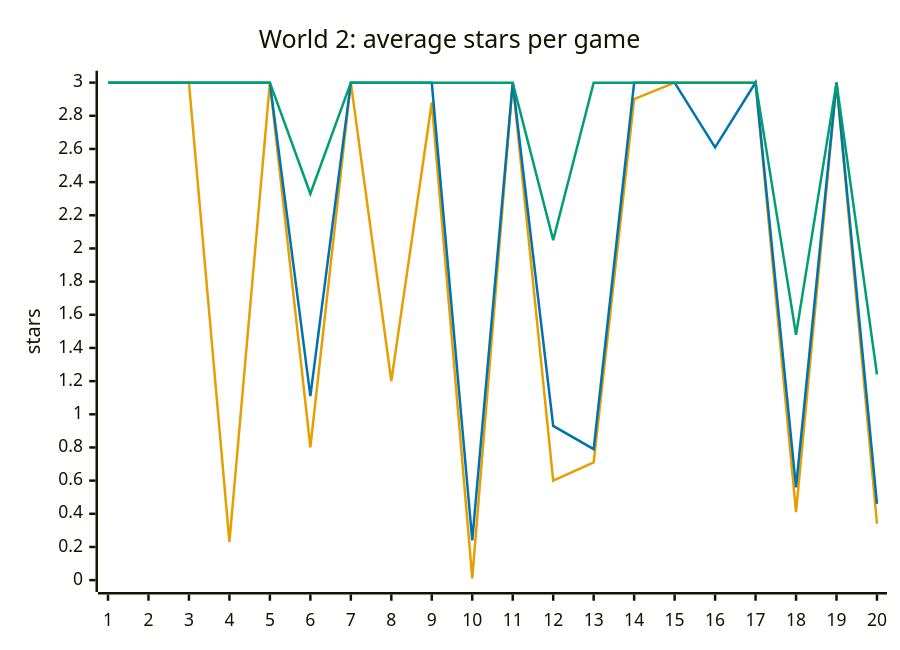
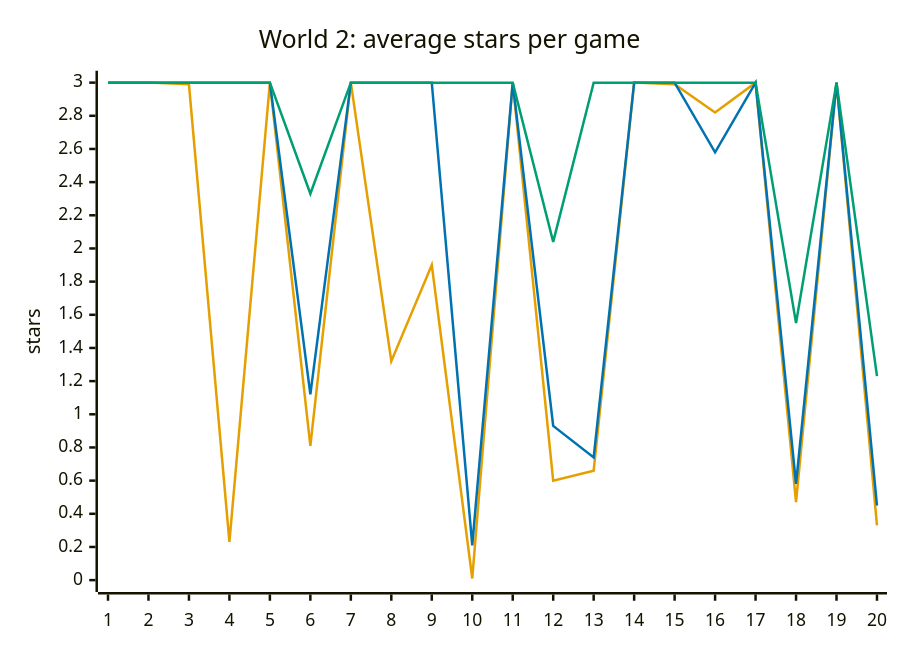
One commit to Pavelya/dots changed the fourth of 8 diagrams in docs/design/difficulty.md. Above: the diagram before and after it, drawn with Mermaid. The commit also changed other lines of this file and 13 other files, not shown here.

````diff
--- a/docs/design/difficulty.md
+++ b/docs/design/difficulty.md
@@ -180,10 +181,10 @@
 ```mermaid
 %%{init: {"themeVariables": {"xyChart": {"plotColorPalette": "#E69F00, #0072B2, #009E73, #999999"}}}}%%
 xychart-beta
     title "World 2: average stars per game"
     x-axis ["1", "2", "3", "4", "5", "6", "7", "8", "9", "10", "11", "12", "13", "14", "15", "16", "17", "18", "19", "20"]
     y-axis "stars" 0 --> 3
-    line [3.00, 3.00, 3.00, 0.23, 3.00, 0.80, 3.00, 1.20, 2.88, 0.01, 3.00, 0.60, 0.71, 2.90, 3.00, 3.00, 3.00, 0.41, 3.00, 0.34]
-    line [3.00, 3.00, 3.00, 3.00, 3.00, 1.11, 3.00, 3.00, 3.00, 0.24, 3.00, 0.93, 0.79, 3.00, 3.00, 2.61, 3.00, 0.56, 3.00, 0.46]
-    line [3.00, 3.00, 3.00, 3.00, 3.00, 2.33, 3.00, 3.00, 3.00, 3.00, 3.00, 2.05, 3.00, 3.00, 3.00, 3.00, 3.00, 1.48, 3.00, 1.24]
+    line [3.00, 3.00, 2.99, 0.23, 3.00, 0.81, 3.00, 1.32, 1.90, 0.01, 3.00, 0.60, 0.66, 3.00, 2.99, 2.82, 3.00, 0.47, 3.00, 0.33]
+    line [3.00, 3.00, 3.00, 3.00, 3.00, 1.12, 3.00, 3.00, 3.00, 0.21, 3.00, 0.93, 0.74, 3.00, 3.00, 2.58, 3.00, 0.58, 3.00, 0.45]
+    line [3.00, 3.00, 3.00, 3.00, 3.00, 2.33, 3.00, 3.00, 3.00, 3.00, 3.00, 2.04, 3.00, 3.00, 3.00, 3.00, 3.00, 1.55, 3.00, 1.23]
 ```
````
